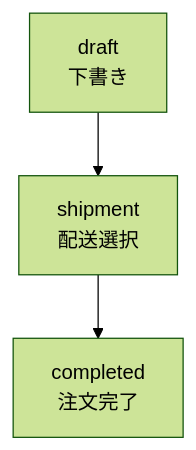
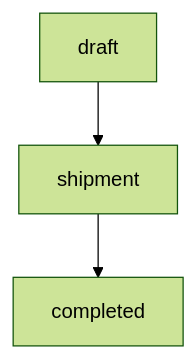
Before and after one commit to hyoshida/comable-guide: the second of 4 diagrams in ja/developer/state_machine.md, drawn with Mermaid (forest theme). The commit also changed other lines of this file, not shown here.

```diff
--- a/ja/developer/state_machine.md
+++ b/ja/developer/state_machine.md
@@ -39,9 +28,5 @@
 {% mermaid %}
 graph TD;
     draft --> shipment;
     shipment --> completed;
-
-    draft[draft<br/>下書き];
-    shipment[shipment<br/>配送選択];
-    completed[completed<br/>注文完了];
 {% endmermaid %}
```
